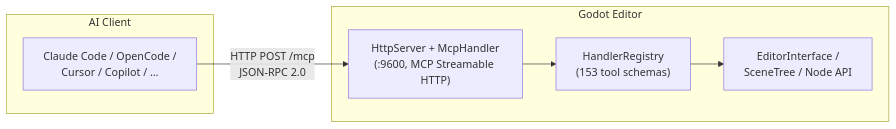
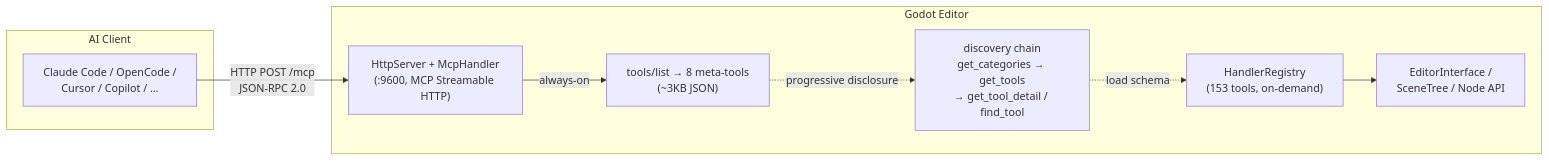
The diagram in README.md (jesspig/GodotMCP-GDExtension), drawn with Mermaid before and after one commit. The commit also changed other lines of this file and 16 other files, not shown here.

````diff
--- a/README.md
+++ b/README.md
@@ -13,16 +13,20 @@
 ```mermaid
 graph LR
     subgraph AI["AI Client"]
         Client["Claude Code / OpenCode /<br/>Cursor / Copilot / …"]
     end
 
     subgraph GodotProc["Godot Editor"]
         HTTP["HttpServer + McpHandler<br/>(:9600, MCP Streamable HTTP)"]
-        Registry["HandlerRegistry<br/>(153 tool schemas)"]
+        Meta["tools/list → 8 meta-tools<br/>(~3KB JSON)"]
+        Discover["discovery chain<br/>get_categories → get_tools<br/>→ get_tool_detail / find_tool"]
+        Registry["HandlerRegistry<br/>(153 tools, on-demand)"]
         Editor["EditorInterface /<br/>SceneTree / Node API"]
     end
 
     Client -->|HTTP POST /mcp<br/>JSON-RPC 2.0| HTTP
-    HTTP --> Registry
+    HTTP -->|always-on| Meta
+    Meta -.->|progressive disclosure| Discover
+    Discover -.->|load schema| Registry
     Registry --> Editor
 ```
````
